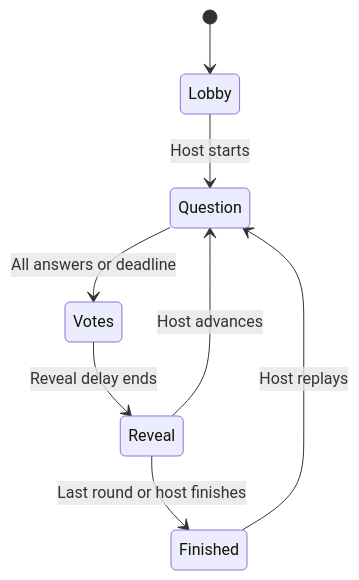
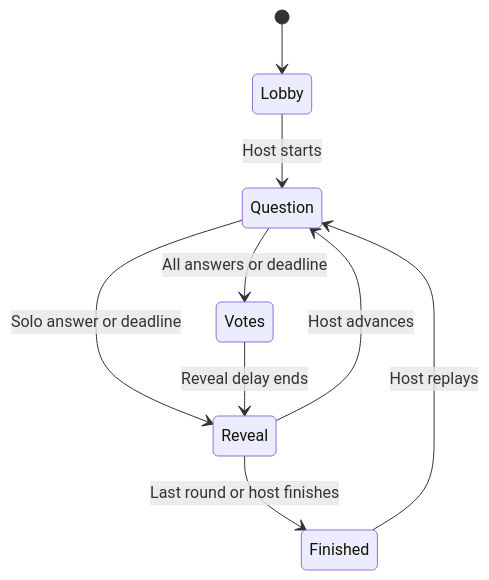
One commit to L-Upadhyay/oddly-true changed the third of 3 diagrams in docs/architecture.md. Above: the diagram before and after it, drawn with Mermaid. The commit also changed other lines of this file and 9 other files, not shown here.

````diff
--- a/docs/architecture.md
+++ b/docs/architecture.md
@@ -48,10 +48,11 @@
 ```mermaid
 stateDiagram-v2
   [*] --> Lobby
   Lobby --> Question: Host starts
   Question --> Votes: All answers or deadline
+  Question --> Reveal: Solo answer or deadline
   Votes --> Reveal: Reveal delay ends
   Reveal --> Question: Host advances
   Reveal --> Finished: Last round or host finishes
   Finished --> Question: Host replays
 ```
````
